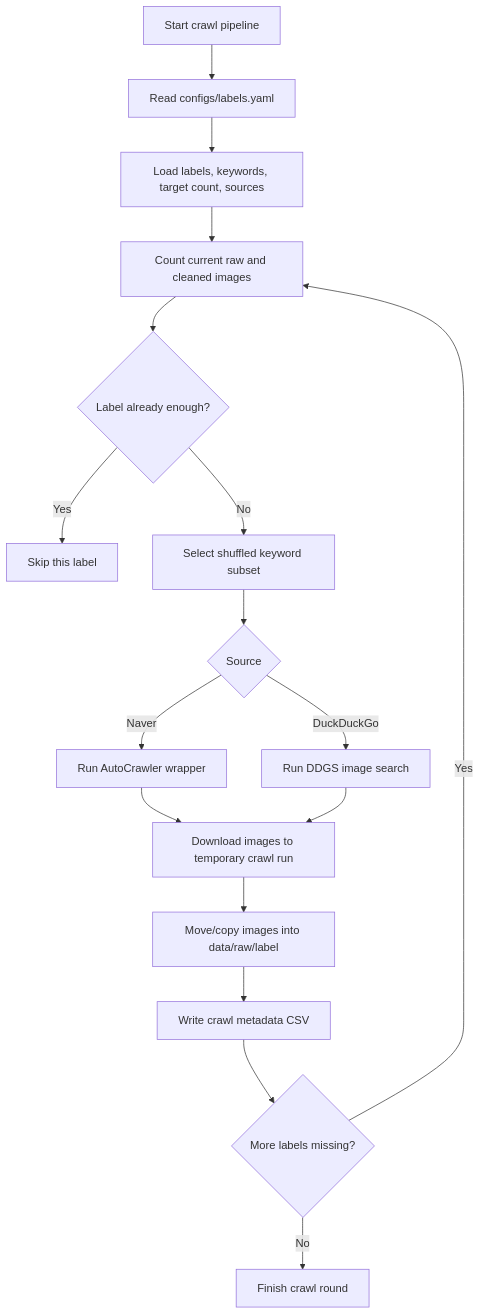
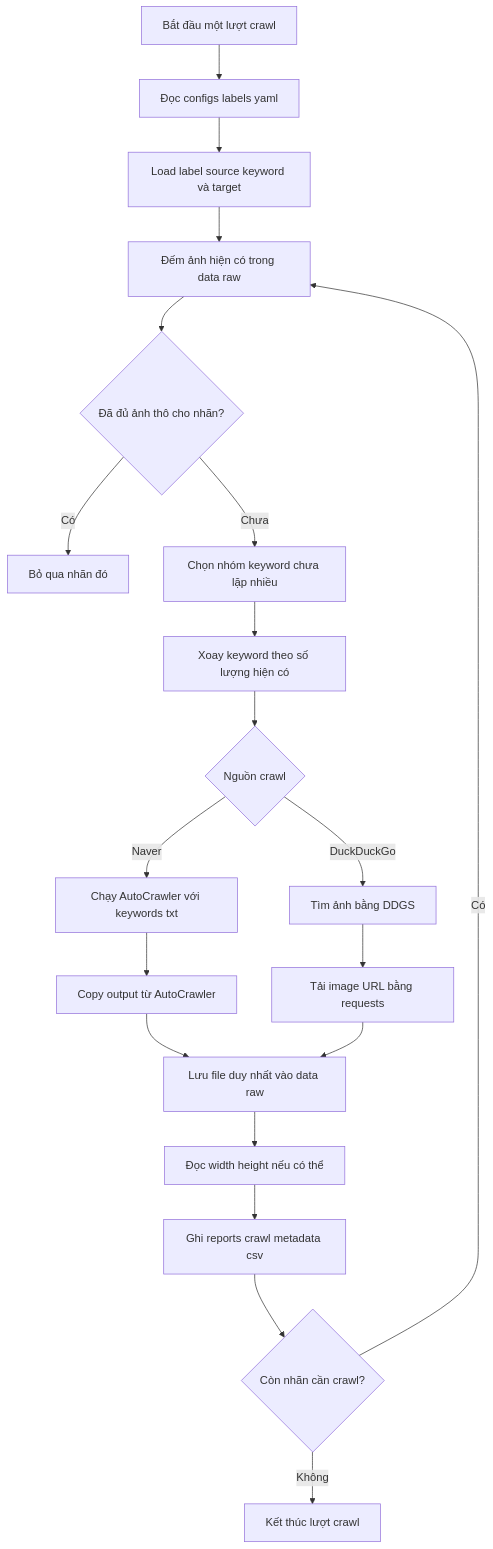
One commit to flyingdoggoo/vehicle-classification changed the diagram in traffic_vehicle_classification/report_docs/mermaid/crawl_pipeline_flow.mmd. Above: the diagram before and after it, drawn with Mermaid. The commit also changed other lines of this file and 23 other files, not shown here.

```diff
--- a/traffic_vehicle_classification/report_docs/mermaid/crawl_pipeline_flow.mmd
+++ b/traffic_vehicle_classification/report_docs/mermaid/crawl_pipeline_flow.mmd
@@ -1,17 +1,20 @@
 flowchart TD
-    A[Start crawl pipeline] --> B[Read configs/labels.yaml]
-    B --> C[Load labels, keywords, target count, sources]
-    C --> D[Count current raw and cleaned images]
-    D --> E{Label already enough?}
-    E -- Yes --> F[Skip this label]
-    E -- No --> G[Select shuffled keyword subset]
-    G --> H{Source}
-    H -- Naver --> I[Run AutoCrawler wrapper]
-    H -- DuckDuckGo --> J[Run DDGS image search]
-    I --> K[Download images to temporary crawl run]
-    J --> K
-    K --> L[Move/copy images into data/raw/label]
-    L --> M[Write crawl metadata CSV]
-    M --> N{More labels missing?}
-    N -- Yes --> D
-    N -- No --> O[Finish crawl round]
+    A["Bắt đầu một lượt crawl"] --> B["Đọc configs labels yaml"]
+    B --> C["Load label source keyword và target"]
+    C --> D["Đếm ảnh hiện có trong data raw"]
+    D --> E{"Đã đủ ảnh thô cho nhãn?"}
+    E -- "Có" --> F["Bỏ qua nhãn đó"]
+    E -- "Chưa" --> G["Chọn nhóm keyword chưa lặp nhiều"]
+    G --> H["Xoay keyword theo số lượng hiện có"]
+    H --> I{"Nguồn crawl"}
+    I -- "Naver" --> J["Chạy AutoCrawler với keywords txt"]
+    I -- "DuckDuckGo" --> K["Tìm ảnh bằng DDGS"]
+    J --> L["Copy output từ AutoCrawler"]
+    K --> M["Tải image URL bằng requests"]
+    L --> N["Lưu file duy nhất vào data raw"]
+    M --> N
+    N --> O["Đọc width height nếu có thể"]
+    O --> P["Ghi reports crawl metadata csv"]
+    P --> Q{"Còn nhãn cần crawl?"}
+    Q -- "Có" --> D
+    Q -- "Không" --> R["Kết thúc lượt crawl"]
```
